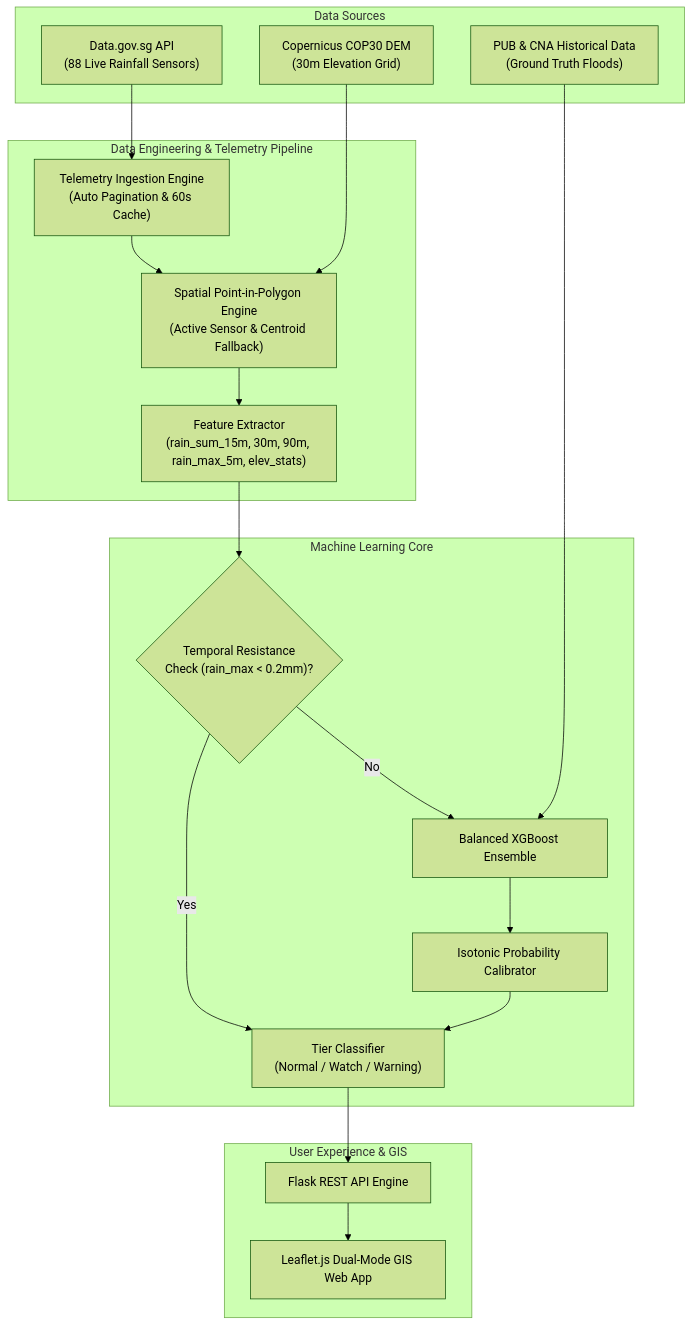
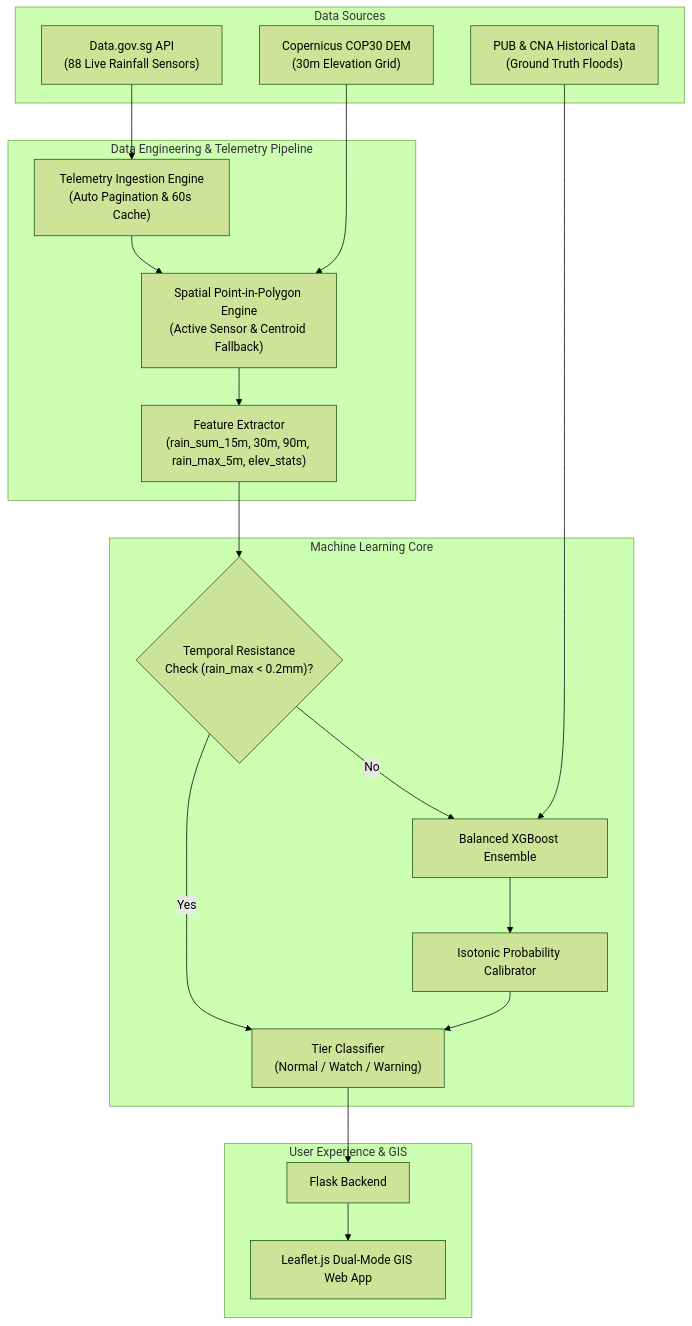
Before and after one commit to RL1812/Flood_Risk_Forecast: the diagram in README.md, drawn with Mermaid (forest theme). The commit also changed other lines of this file, not shown here.

````diff
--- a/README.md
+++ b/README.md
@@ -37,35 +37,35 @@
 ```mermaid
 flowchart TD
     subgraph Data Sources
         API["Data.gov.sg API<br/>(88 Live Rainfall Sensors)"]
         DEM["Copernicus COP30 DEM<br/>(30m Elevation Grid)"]
         PUB["PUB & CNA Historical Data<br/>(Ground Truth Floods)"]
     end
 
     subgraph Data Engineering & Telemetry Pipeline
         Ingest["Telemetry Ingestion Engine<br/>(Auto Pagination & 60s Cache)"]
         Spatial["Spatial Point-in-Polygon Engine<br/>(Active Sensor & Centroid Fallback)"]
         FeatureEng["Feature Extractor<br/>(rain_sum_15m, 30m, 90m, rain_max_5m, elev_stats)"]
     end
 
     subgraph Machine Learning Core
         TempCheck{"Temporal Resistance<br/>Check (rain_max < 0.2mm)?"}
         XGB["Balanced XGBoost Ensemble"]
         Calib["Isotonic Probability Calibrator"]
         Decision["Tier Classifier<br/>(Normal / Watch / Warning)"]
     end
 
     subgraph User Experience & GIS
-        Flask["Flask REST API Engine"]
+        Flask["Flask Backend"]
         Leaflet["Leaflet.js Dual-Mode GIS Web App"]
     end
 
     API --> Ingest
     DEM --> Spatial
     PUB --> XGB
     Ingest --> Spatial --> FeatureEng
     FeatureEng --> TempCheck
     TempCheck -- Yes --> Decision
     TempCheck -- No --> XGB --> Calib --> Decision
     Decision --> Flask --> Leaflet
 ```
````
